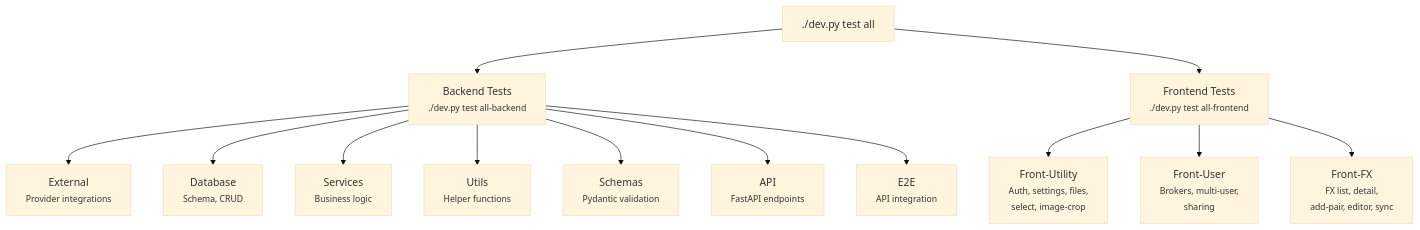
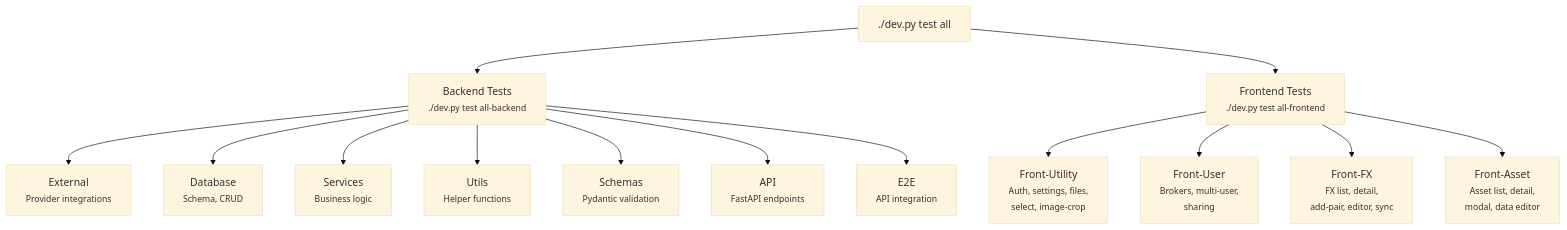
The first of 2 diagrams in mkdocs_src/docs/developer/test-walkthrough/index.md (Librefolio/LibreFolio), drawn with Mermaid (base theme) before and after one commit. The commit also changed other lines of this file and 7 other files, not shown here.

````diff
--- a/mkdocs_src/docs/developer/test-walkthrough/index.md
+++ b/mkdocs_src/docs/developer/test-walkthrough/index.md
@@ -67,19 +88,20 @@
 ```mermaid
 graph TD
     ALL["./dev.py test all"]
 
     ALL --> BACKEND["Backend Tests<br/><small>./dev.py test all-backend</small>"]
     ALL --> FRONTEND["Frontend Tests<br/><small>./dev.py test all-frontend</small>"]
 
     BACKEND --> EXT["External<br/><small>Provider integrations</small>"]
     BACKEND --> DB["Database<br/><small>Schema, CRUD</small>"]
     BACKEND --> SVC["Services<br/><small>Business logic</small>"]
     BACKEND --> UTL["Utils<br/><small>Helper functions</small>"]
     BACKEND --> SCH["Schemas<br/><small>Pydantic validation</small>"]
     BACKEND --> API["API<br/><small>FastAPI endpoints</small>"]
     BACKEND --> E2E["E2E<br/><small>API integration</small>"]
 
     FRONTEND --> FU["Front-Utility<br/><small>Auth, settings, files,<br/>select, image-crop</small>"]
     FRONTEND --> FUSR["Front-User<br/><small>Brokers, multi-user,<br/>sharing</small>"]
     FRONTEND --> FFX["Front-FX<br/><small>FX list, detail,<br/>add-pair, editor, sync</small>"]
+    FRONTEND --> FA["Front-Asset<br/><small>Asset list, detail,<br/>modal, data editor</small>"]
 ```
````
